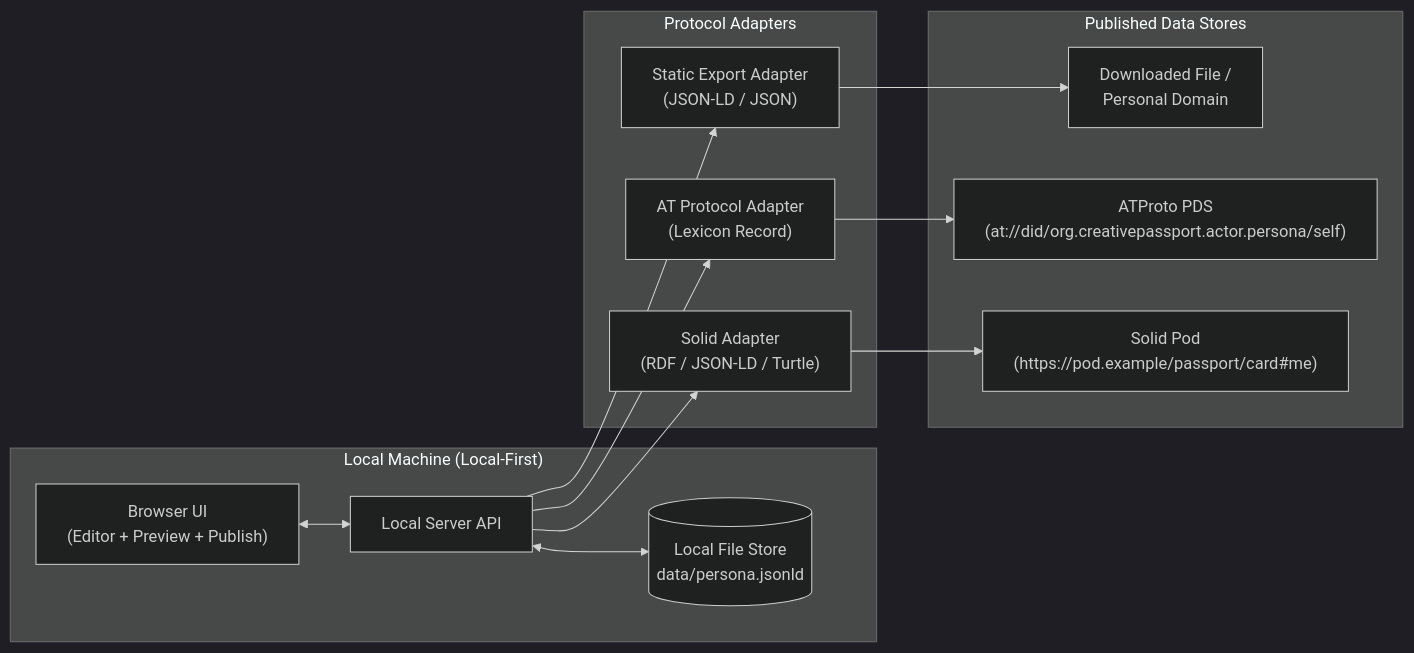
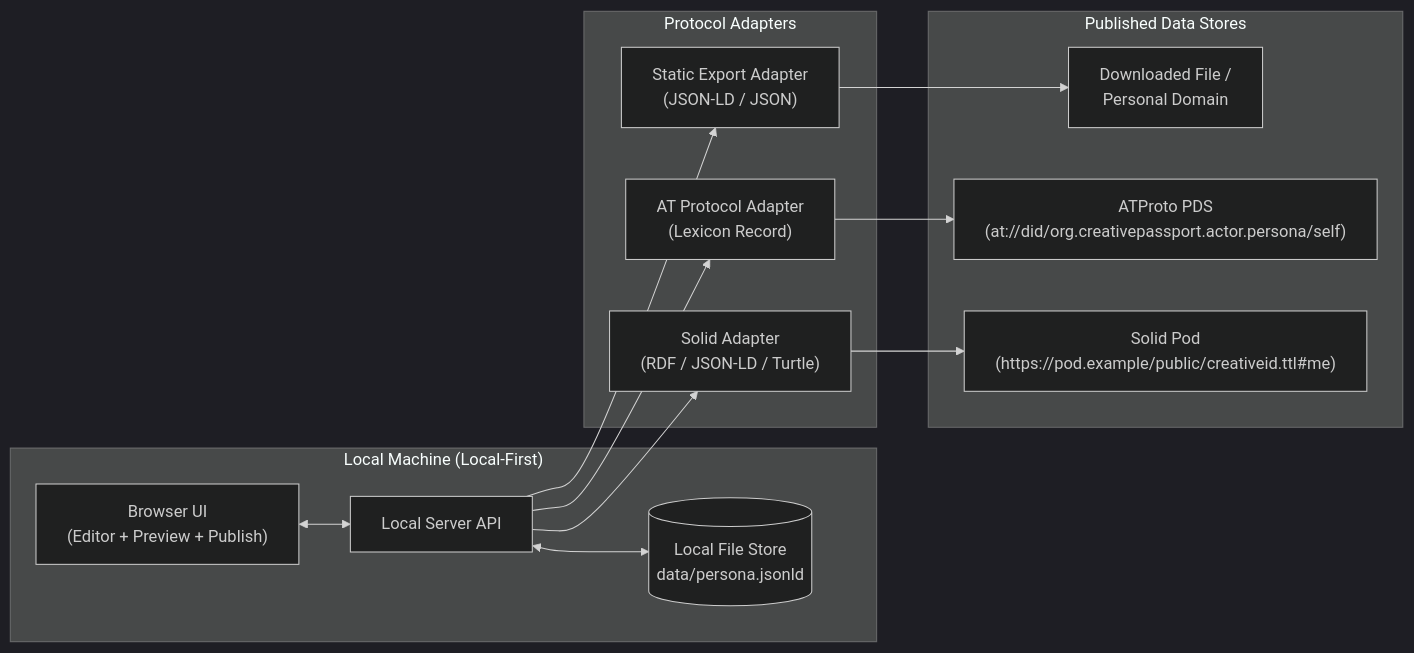
The diagram in SCOPE.md (geocontrol/creativeid-studio), drawn with Mermaid (dark theme) before and after one commit. The commit also changed other lines of this file and 20 other files, not shown here.

````diff
--- a/SCOPE.md
+++ b/SCOPE.md
@@ -40,26 +40,26 @@
 ```mermaid
 flowchart LR
     subgraph Local["Local Machine (Local-First)"]
         UI["Browser UI\n(Editor + Preview + Publish)"]
         API["Local Server API"]
         Store[("Local File Store\ndata/persona.jsonld")]
         UI <--> API
         API <--> Store
     end
 
     subgraph Adapters["Protocol Adapters"]
         Static["Static Export Adapter\n(JSON-LD / JSON)"]
         ATProto["AT Protocol Adapter\n(Lexicon Record)"]
         Solid["Solid Adapter\n(RDF / JSON-LD / Turtle)"]
     end
 
     subgraph Targets["Published Data Stores"]
         File["Downloaded File /\nPersonal Domain"]
         PDS["ATProto PDS\n(at://did/org.creativepassport.actor.persona/self)"]
-        Pod["Solid Pod\n(https://pod.example/passport/card#me)"]
+        Pod["Solid Pod\n(https://pod.example/public/creativeid.ttl#me)"]
     end
 
     API --> Static --> File
     API --> ATProto --> PDS
     API --> Solid --> Pod
 ```
````
